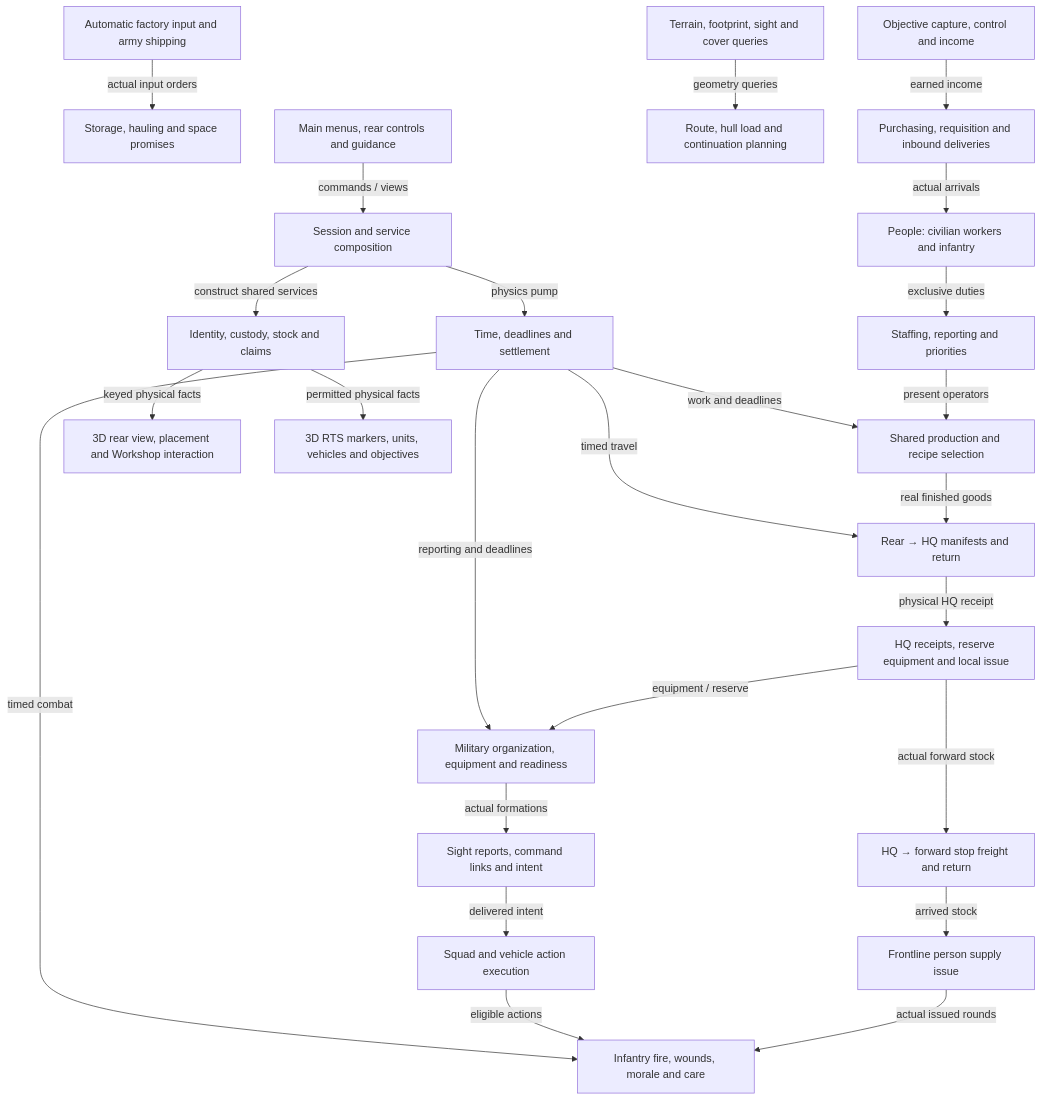
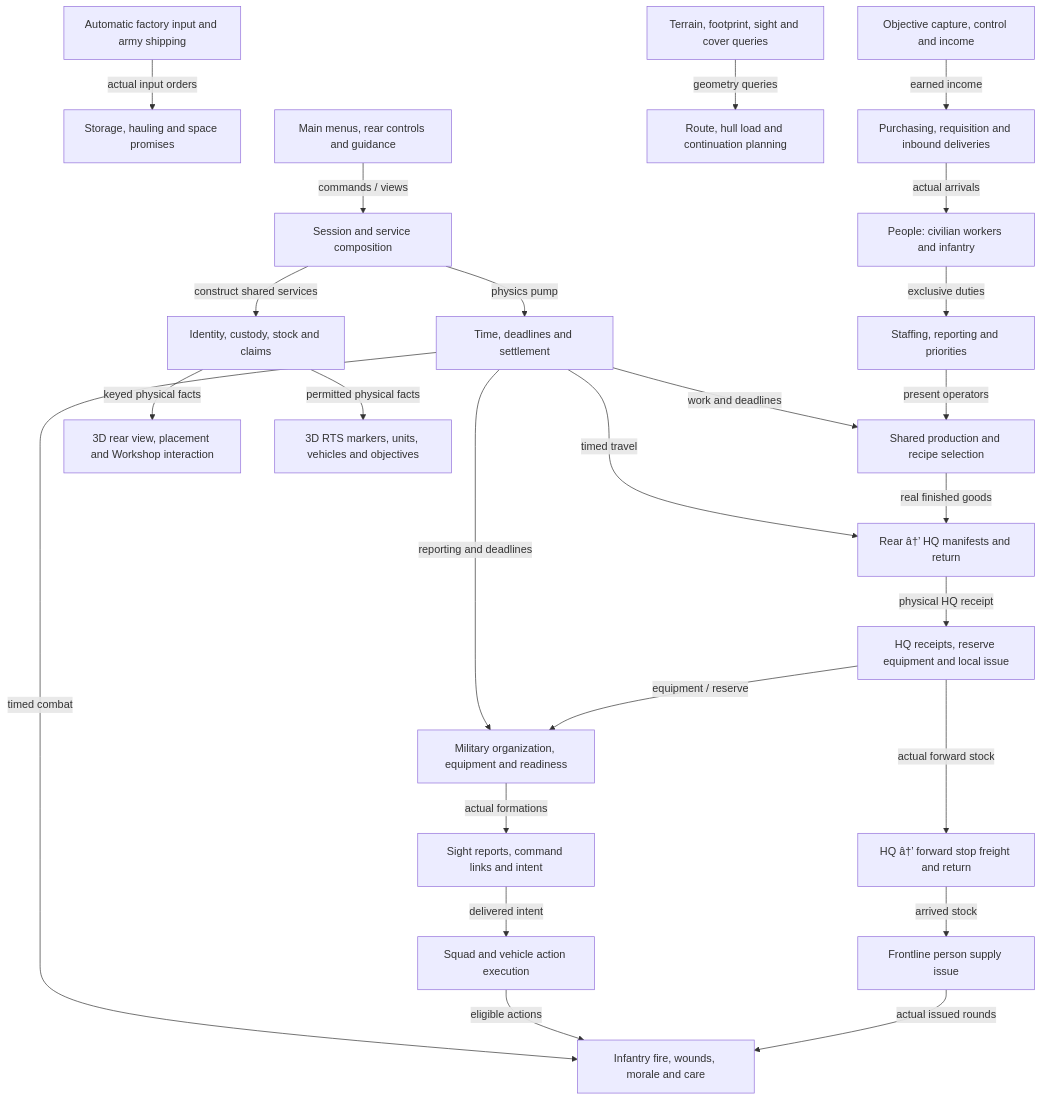
One commit to TheInfinityIQ/Trencho_V4 changed the first of 49 diagrams in docs/system_atlas.md. Above: the diagram before and after it, drawn with Mermaid. The commit also changed other lines of this file and 13 other files, not shown here.

````diff
--- a/docs/system_atlas.md
+++ b/docs/system_atlas.md
@@ -14,50 +14,50 @@
 ```mermaid
 flowchart TD
     session["Session and service composition"]
     clock["Time, deadlines and settlement"]
     identity["Identity, custody, stock and claims"]
     people["People: civilian workers and infantry"]
     staffing["Staffing, reporting and priorities"]
     hauling["Storage, hauling and space promises"]
     procurement["Purchasing, requisition and inbound deliveries"]
     production["Shared production and recipe selection"]
-    dispatch["Rear → HQ manifests and return"]
+    dispatch["Rear â†’ HQ manifests and return"]
     hq["HQ receipts, reserve equipment and local issue"]
     logistics["Automatic factory input and army shipping"]
     army["Military organization, equipment and readiness"]
     orders["Sight reports, command links and intent"]
     execution["Squad and vehicle action execution"]
     forward["Frontline person supply issue"]
-    freight["HQ → forward stop freight and return"]
+    freight["HQ â†’ forward stop freight and return"]
     combat["Infantry fire, wounds, morale and care"]
     objectives["Objective capture, control and income"]
     terrain["Terrain, footprint, sight and cover queries"]
     routes["Route, hull load and continuation planning"]
     ui["Main menus, rear controls and guidance"]
     preview["3D rear view, placement and Workshop interaction"]
     field3d["3D RTS markers, units, vehicles and objectives"]
     ui -->|"commands / views"| session
     session -->|"physics pump"| clock
     session -->|"construct shared services"| identity
     clock -->|"work and deadlines"| production
     clock -->|"reporting and deadlines"| army
     clock -->|"timed combat"| combat
     clock -->|"timed travel"| dispatch
     procurement -->|"actual arrivals"| people
     people -->|"exclusive duties"| staffing
     staffing -->|"present operators"| production
     logistics -->|"actual input orders"| hauling
     production -->|"real finished goods"| dispatch
     dispatch -->|"physical HQ receipt"| hq
     hq -->|"equipment / reserve"| army
     army -->|"actual formations"| orders
     orders -->|"delivered intent"| execution
     execution -->|"eligible actions"| combat
     hq -->|"actual forward stock"| freight
     freight -->|"arrived stock"| forward
     forward -->|"actual issued rounds"| combat
     objectives -->|"earned income"| procurement
     terrain -->|"geometry queries"| routes
     identity -->|"keyed physical facts"| preview
     identity -->|"permitted physical facts"| field3d
 ```
````
